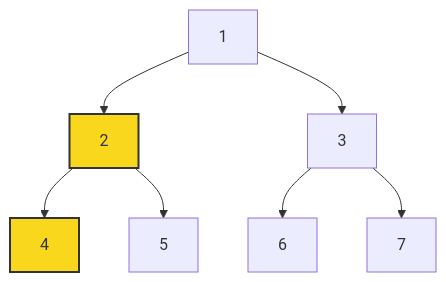
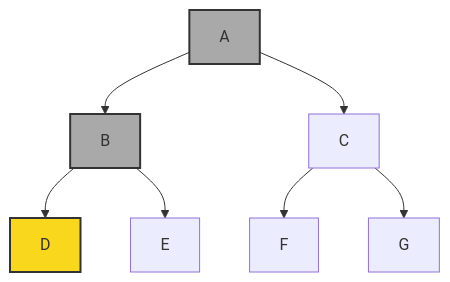
One commit to remykarem/remykarem.github.io changed the fourth of 7 diagrams in books-src/data-structures-and-algorithms-book/src/algorithms/search/depth-first.md. Above: the diagram before and after it, drawn with Mermaid. The commit also changed other lines of this file, not shown here.

````diff
--- a/books-src/data-structures-and-algorithms-book/src/algorithms/search/depth-first.md
+++ b/books-src/data-structures-and-algorithms-book/src/algorithms/search/depth-first.md
@@ -67,19 +45,12 @@
 ```mermaid
-graph TD;
-    A[1]
-    B[2]
-    C[3]
-    D[4]
-    E[5]
-    F[6]
-    G[7]
-
+graph TD
     A --> B
     A --> C
     B --> D
     B --> E
     C --> F
     C --> G
+    style A fill:#a9a9a9,stroke:#333,stroke-width:2px
+    style B fill:#a9a9a9,stroke:#333,stroke-width:2px
     style D fill:#f9d71c,stroke:#333,stroke-width:2px
-    style B fill:#f9d71c,stroke:#333,stroke-width:2px
 ```
````
